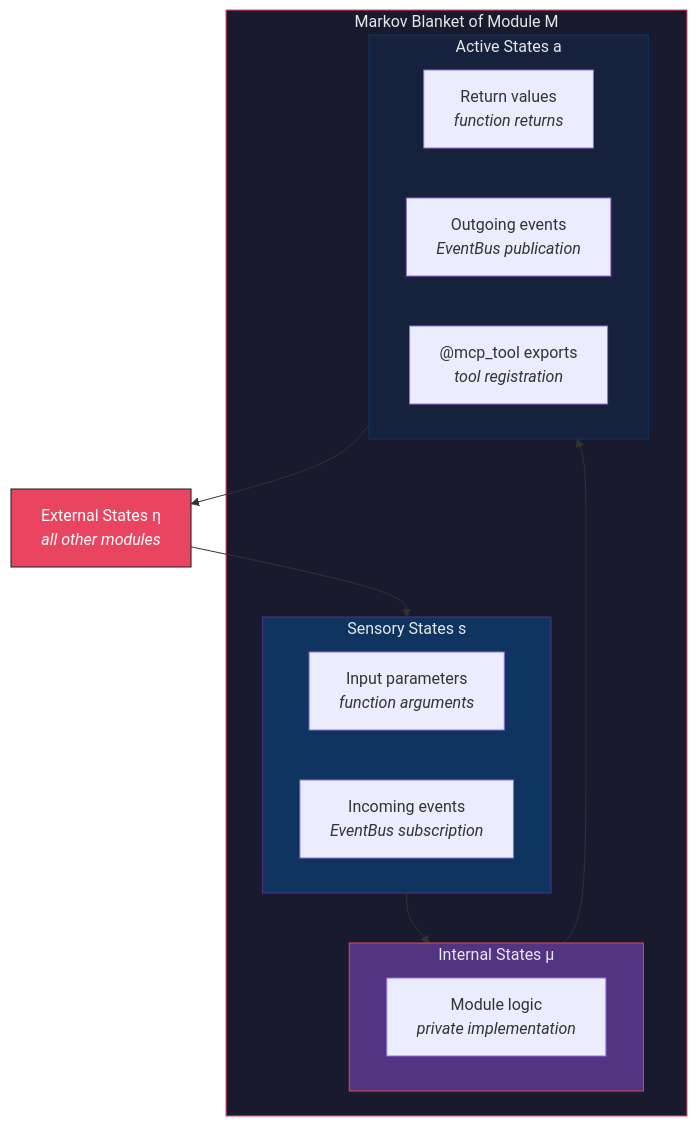
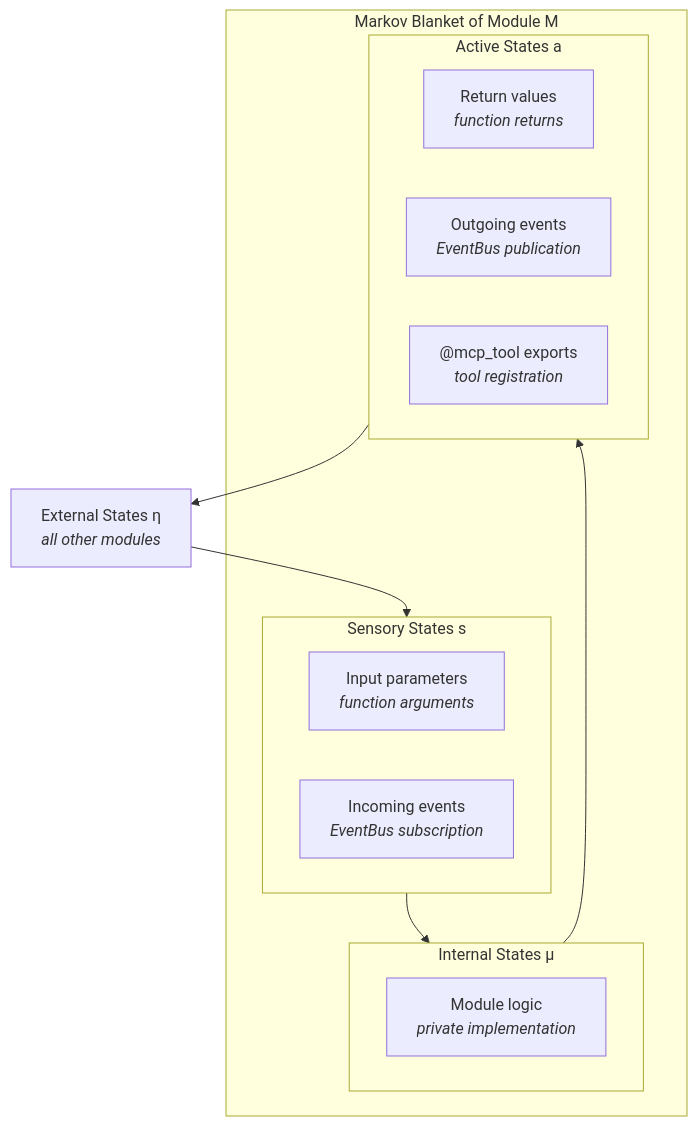
Before and after one commit to docxology/codomyrmex: the second of 2 diagrams in docs/agi/world_models.md, drawn with Mermaid. The commit also changed other lines of this file and 86 other files, not shown here.

````diff
--- a/docs/agi/world_models.md
+++ b/docs/agi/world_models.md
@@ -155,29 +150,23 @@
 ```mermaid
 graph TB
     subgraph BLANKET["Markov Blanket of Module M"]
         subgraph INTERNAL["Internal States μ"]
             LOGIC["Module logic<br/><i>private implementation</i>"]
         end
 
         subgraph SENSORY["Sensory States s"]
             INPUT["Input parameters<br/><i>function arguments</i>"]
             EVENTS_IN["Incoming events<br/><i>EventBus subscription</i>"]
         end
 
         subgraph ACTIVE["Active States a"]
             OUTPUT["Return values<br/><i>function returns</i>"]
             EVENTS_OUT["Outgoing events<br/><i>EventBus publication</i>"]
             MCP_OUT["@mcp_tool exports<br/><i>tool registration</i>"]
         end
     end
 
     EXTERNAL["External States η<br/><i>all other modules</i>"]
 
     EXTERNAL --> SENSORY --> INTERNAL --> ACTIVE --> EXTERNAL
-
-    style BLANKET fill:#1a1a2e,stroke:#e94560,color:#e8e8e8
-    style INTERNAL fill:#533483,stroke:#e94560,color:#e8e8e8
-    style SENSORY fill:#0f3460,stroke:#533483,color:#e8e8e8
-    style ACTIVE fill:#16213e,stroke:#0f3460,color:#e8e8e8
-    style EXTERNAL fill:#e94560,stroke:#1a1a2e,color:#fff
 ```
````
